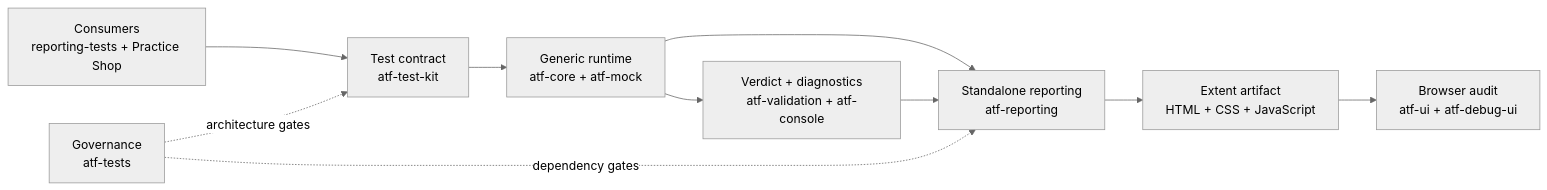
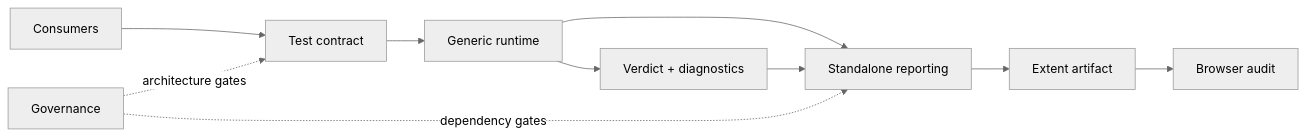
One commit to crististefanita/demo2 changed the first of 6 diagrams in README.md. Above: the diagram before and after it, drawn with Mermaid (neutral theme). The commit also changed other lines of this file and 132 other files, not shown here.

Commit message:
Refine Java ATF reporting assets and Practice Shop validation

````diff
--- a/README.md
+++ b/README.md
@@ -22,21 +22,21 @@
 ```mermaid
 flowchart LR
-    Consumers[Consumers<br/>reporting-tests + Practice Shop]
-    Contract[Test contract<br/>atf-test-kit]
-    Runtime[Generic runtime<br/>atf-core + atf-mock]
-    Verdict[Verdict + diagnostics<br/>atf-validation + atf-console]
-    Reporting[Standalone reporting<br/>atf-reporting]
-    Artifact[Extent artifact<br/>HTML + CSS + JavaScript]
-    Audit[Browser audit<br/>atf-ui + atf-debug-ui]
-    Governance[Governance<br/>atf-tests]
+    Consumers[Consumers]
+    Contract[Test contract]
+    Runtime[Generic runtime]
+    Verdict[Verdict + diagnostics]
+    Reporting[Standalone reporting]
+    Artifact[Extent artifact]
+    Audit[Browser audit]
+    Governance[Governance]
 
     Consumers --> Contract
     Contract --> Runtime
     Runtime --> Reporting
     Runtime --> Verdict
     Verdict --> Reporting
     Reporting --> Artifact
     Artifact --> Audit
     Governance -. architecture gates .-> Contract
     Governance -. dependency gates .-> Reporting
 ```
````
